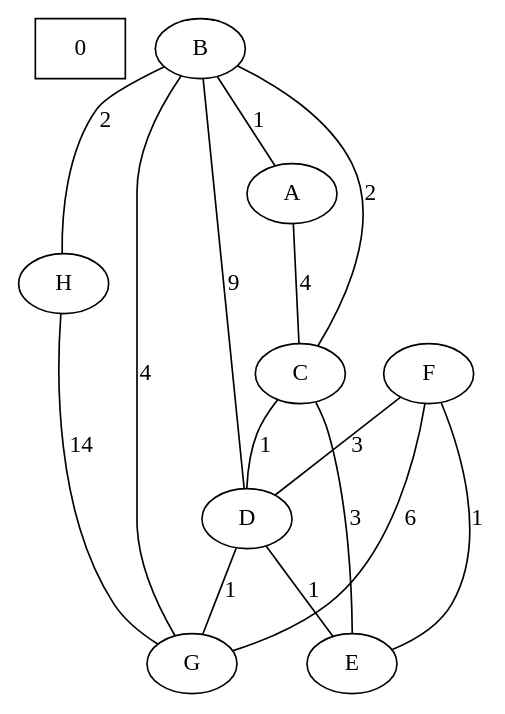
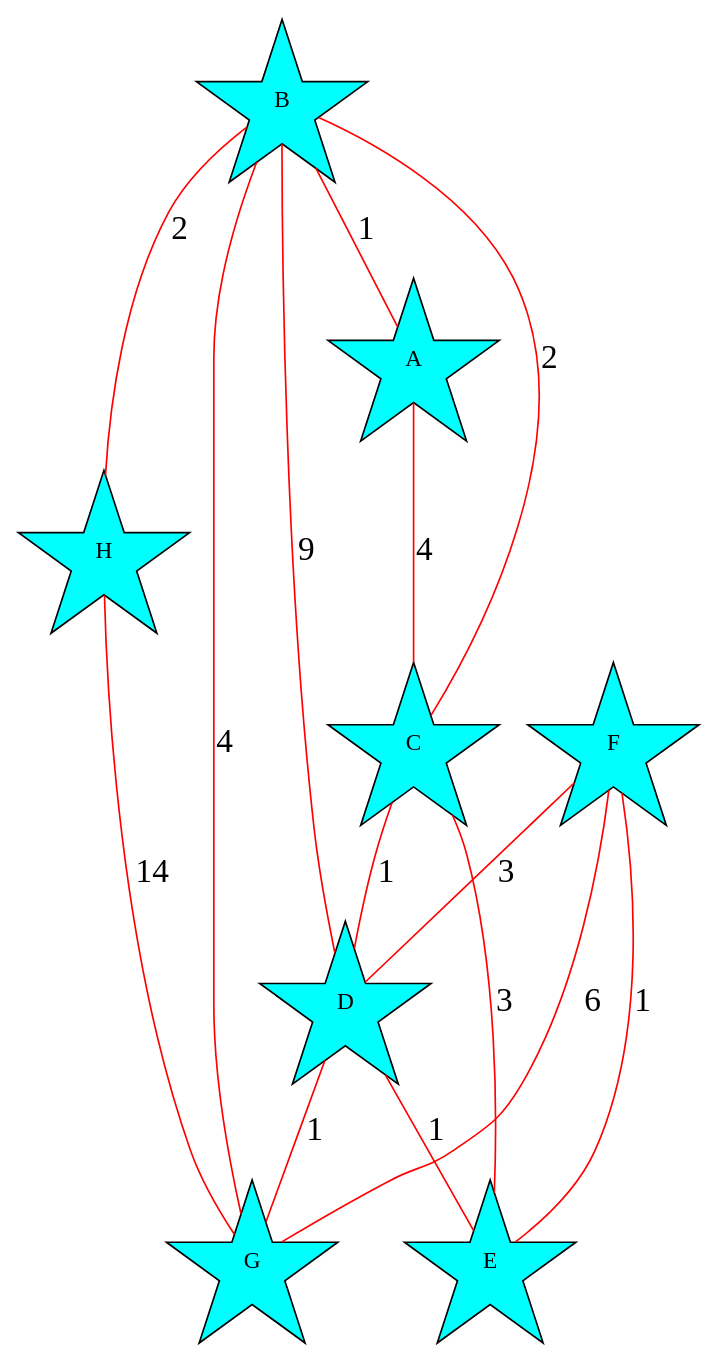
Before and after one commit to Exwyre/graphes: the diagram in g3.dot, drawn with Graphviz. The commit also changed 2 other files, not shown here.

```diff
--- a/g3.dot
+++ b/g3.dot
@@ -1,17 +1,18 @@
 graph {
-0 [shape="box"];
+node [shape="star" style="filled" fillcolor="aqua"];
+edge [fontsize="20pt" color="red"];
 B--G [label="4"];
 B--H [label="2"];
 B--A [label="1"];
 A--C [label="4"];
 B--C [label="2"];
 C--D [label="1"];
 B--D [label="9"];
 D--G [label="1"];
 H--G [label="14"];
 F--G [label="6"];
 F--D [label="3"];
 F--E [label="1"];
 E--C [label="3"];
 D--E [label="1"];
 }
```
